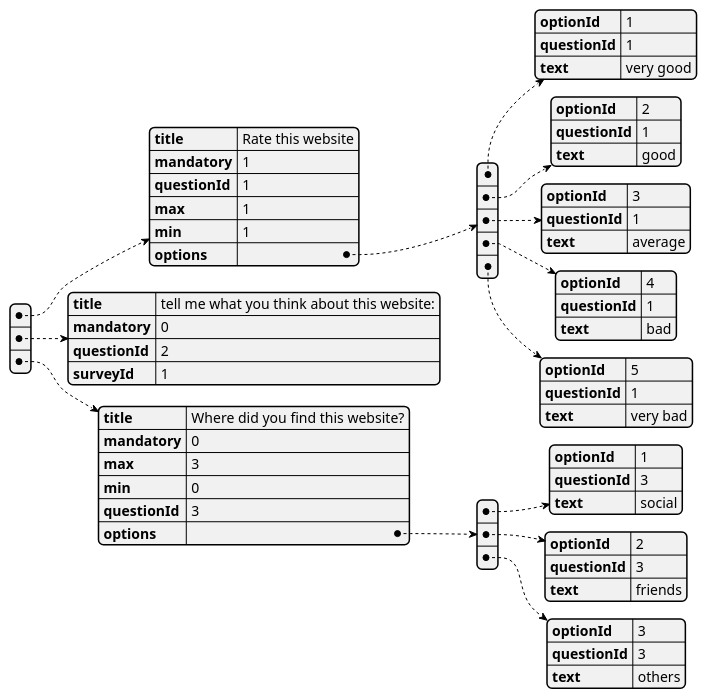
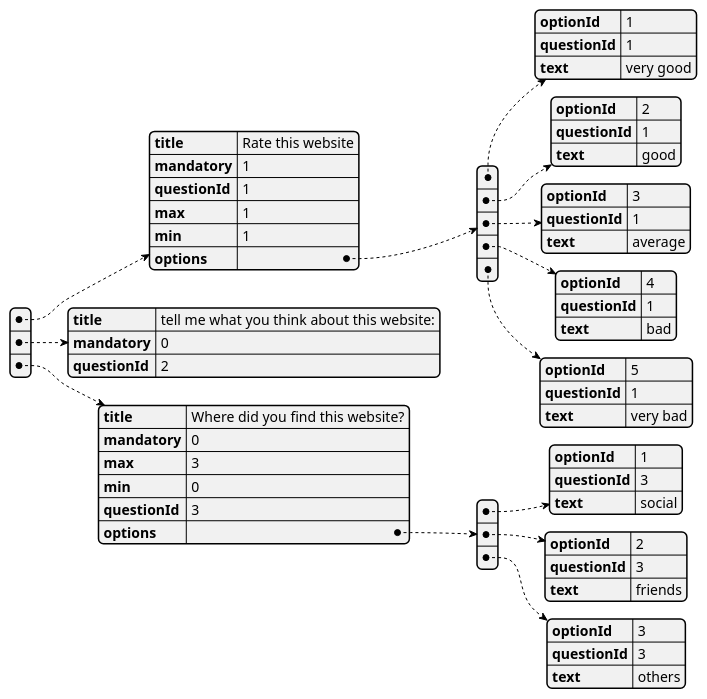
The first of 7 diagrams in README.md (MattiaRiola/WA1_exam_survey), drawn with PlantUML before and after one commit. The commit also changed other lines of this file and 1 other file, not shown here.

````diff
--- a/README.md
+++ b/README.md
@@ -46,5 +46,5 @@
 ```plantuml
 @startjson
-[{"title":"Rate this website","mandatory":1,"questionId":1,"max":1,"min":1,"options":[{"optionId":1,"questionId":1,"text":"very good"},{"optionId":2,"questionId":1,"text":"good"},{"optionId":3,"questionId":1, "text":"average"},{"optionId":4,"questionId":1, "text":"bad"},{"optionId":5,"questionId":1, "text":"very bad"}]},{"title":"tell me what you think about this website:","mandatory":0,"questionId":2,"surveyId":1},{"title":"Where did you find this website?","mandatory":0,"max":3,"min":0,"questionId":3, "options":[{"optionId":1,"questionId":3, "text":"social"},{"optionId":2,"questionId":3, "text":"friends"},{"optionId":3,"questionId":3, "text":"others"}]}]
+[{"title":"Rate this website","mandatory":1,"questionId":1,"max":1,"min":1,"options":[{"optionId":1,"questionId":1,"text":"very good"},{"optionId":2,"questionId":1,"text":"good"},{"optionId":3,"questionId":1, "text":"average"},{"optionId":4,"questionId":1, "text":"bad"},{"optionId":5,"questionId":1, "text":"very bad"}]},{"title":"tell me what you think about this website:","mandatory":0,"questionId":2},{"title":"Where did you find this website?","mandatory":0,"max":3,"min":0,"questionId":3, "options":[{"optionId":1,"questionId":3, "text":"social"},{"optionId":2,"questionId":3, "text":"friends"},{"optionId":3,"questionId":3, "text":"others"}]}]
 @endjson
 ```
````
